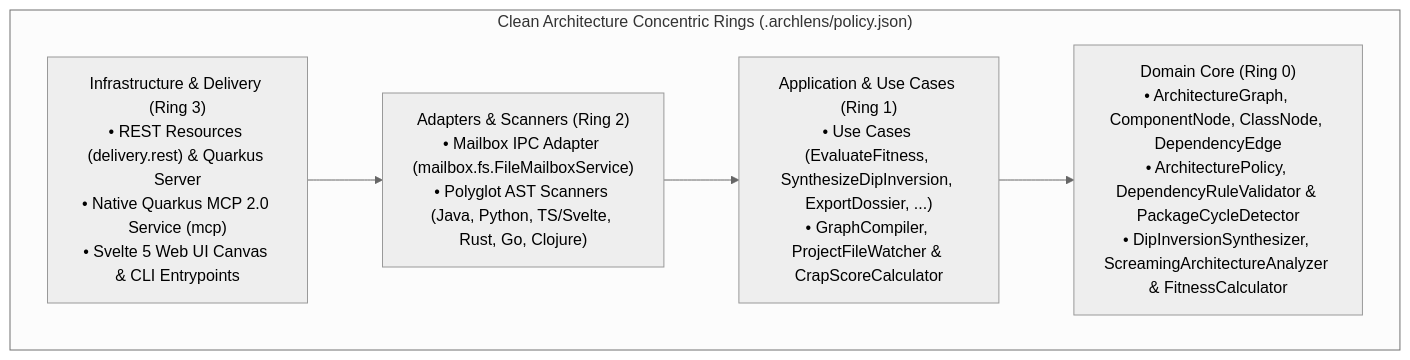
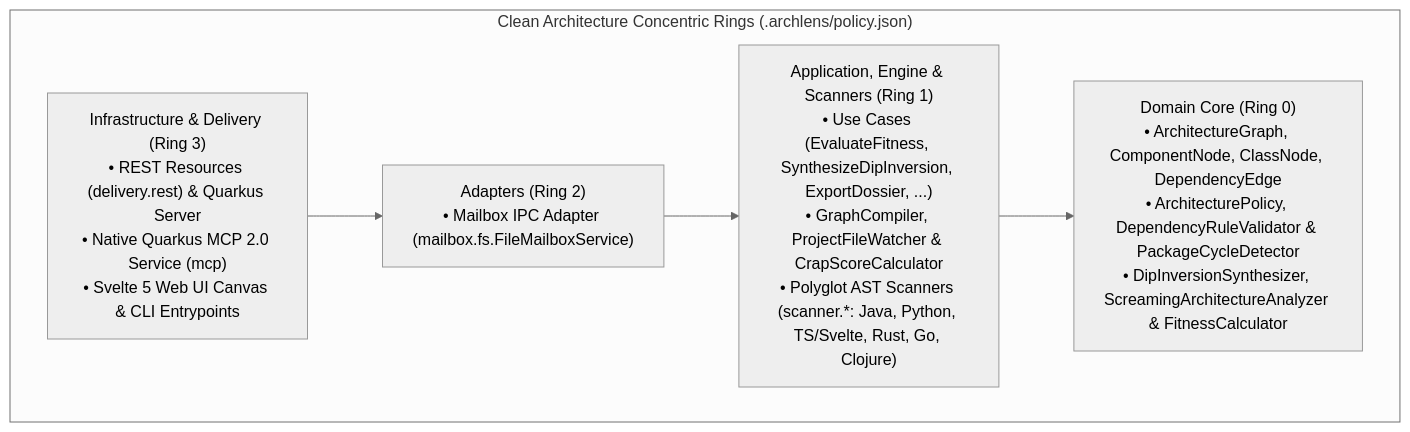
The diagram in docs/guide/DEVELOPER_GUIDE.md (fmatar/archlens), drawn with Mermaid (neutral theme) before and after one commit. The commit also changed other lines of this file and 33 other files, not shown here.

Commit message:
fix(docs): synchronize wiki, roadmap, and MCP parity with v0.1.1 AST (#8253)

````diff
--- a/docs/guide/DEVELOPER_GUIDE.md
+++ b/docs/guide/DEVELOPER_GUIDE.md
@@ -14,13 +14,13 @@
 ```mermaid
 flowchart TD
     subgraph Rings ["Clean Architecture Concentric Rings (.archlens/policy.json)"]
         L3["Infrastructure & Delivery (Ring 3)<br/>• REST Resources (delivery.rest) & Quarkus Server<br/>• Native Quarkus MCP 2.0 Service (mcp)<br/>• Svelte 5 Web UI Canvas & CLI Entrypoints"]
-        L2["Adapters & Scanners (Ring 2)<br/>• Mailbox IPC Adapter (mailbox.fs.FileMailboxService)<br/>• Polyglot AST Scanners (Java, Python, TS/Svelte, Rust, Go, Clojure)"]
-        L1["Application & Use Cases (Ring 1)<br/>• Use Cases (EvaluateFitness, SynthesizeDipInversion, ExportDossier, ...)<br/>• GraphCompiler, ProjectFileWatcher & CrapScoreCalculator"]
+        L2["Adapters (Ring 2)<br/>• Mailbox IPC Adapter (mailbox.fs.FileMailboxService)"]
+        L1["Application, Engine & Scanners (Ring 1)<br/>• Use Cases (EvaluateFitness, SynthesizeDipInversion, ExportDossier, ...)<br/>• GraphCompiler, ProjectFileWatcher & CrapScoreCalculator<br/>• Polyglot AST Scanners (scanner.*: Java, Python, TS/Svelte, Rust, Go, Clojure)"]
         L0["Domain Core (Ring 0)<br/>• ArchitectureGraph, ComponentNode, ClassNode, DependencyEdge<br/>• ArchitecturePolicy, DependencyRuleValidator & PackageCycleDetector<br/>• DipInversionSynthesizer, ScreamingArchitectureAnalyzer & FitnessCalculator"]
         
         L3 --> L2
         L2 --> L1
         L1 --> L0
     end
 ```
````
